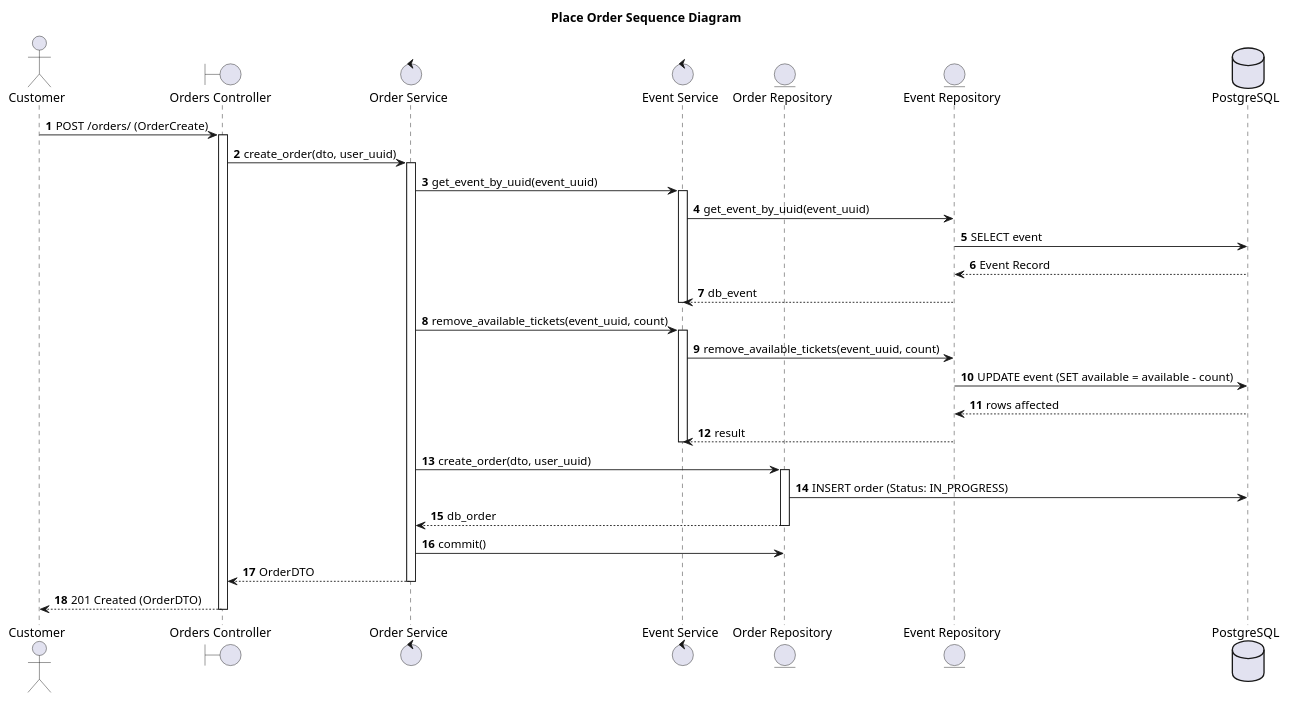
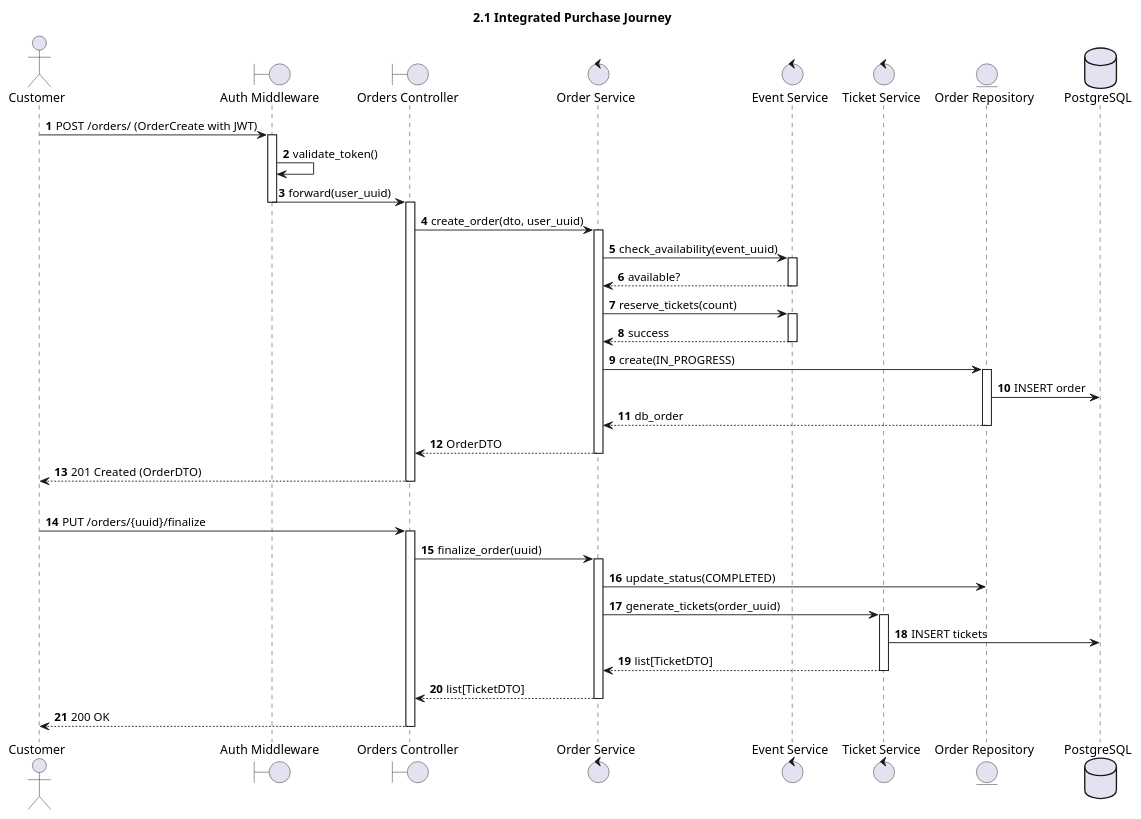
The fourth of 6 diagrams in diagrams/SEQUENCE_DIAGRAMS.md (NikosKoutsoukosPrelorentzos/you-want-ticket), drawn with PlantUML before and after one commit. The commit also changed other lines of this file and 24 other files, not shown here.

First line of the commit message:
Restructure and expand system documentation with versioned diagrams

````diff
--- a/diagrams/SEQUENCE_DIAGRAMS.md
+++ b/diagrams/SEQUENCE_DIAGRAMS.md
@@ -54,49 +126,66 @@
 ```plantuml
 @startuml
-title Place Order Sequence Diagram
+title 2.1 Integrated Purchase Journey
 autonumber
 
 actor Customer
+boundary "Auth Middleware" as AM
 boundary "Orders Controller" as OC
 control "Order Service" as OS
 control "Event Service" as ES
+control "Ticket Service" as TS
 entity "Order Repository" as OR
-entity "Event Repository" as ER
 database "PostgreSQL" as DB
 
-Customer -> OC : POST /orders/ (OrderCreate)
+Customer -> AM : POST /orders/ (OrderCreate with JWT)
+activate AM
+AM -> AM : validate_token()
+AM -> OC : forward(user_uuid)
+deactivate AM
 activate OC
 
 OC -> OS : create_order(dto, user_uuid)
 activate OS
 
-OS -> ES : get_event_by_uuid(event_uuid)
+OS -> ES : check_availability(event_uuid)
 activate ES
-ES -> ER : get_event_by_uuid(event_uuid)
-ER -> DB : SELECT event
-DB --> ER : Event Record
-ER --> ES : db_event
+ES --> OS : available?
 deactivate ES
 
-OS -> ES : remove_available_tickets(event_uuid, count)
+OS -> ES : reserve_tickets(count)
 activate ES
-ES -> ER : remove_available_tickets(event_uuid, count)
-ER -> DB : UPDATE event (SET available = available - count)
-DB --> ER : rows affected
-ER --> ES : result
+ES --> OS : success
 deactivate ES
 
-OS -> OR : create_order(dto, user_uuid)
+OS -> OR : create(IN_PROGRESS)
 activate OR
-OR -> DB : INSERT order (Status: IN_PROGRESS)
+OR -> DB : INSERT order
 OR --> OS : db_order
 deactivate OR
 
-OS -> OR : commit()
 OS --> OC : OrderDTO
 deactivate OS
 
 OC --> Customer : 201 Created (OrderDTO)
 deactivate OC
+
+|||
+
+Customer -> OC : PUT /orders/{uuid}/finalize
+activate OC
+OC -> OS : finalize_order(uuid)
+activate OS
+
+OS -> OR : update_status(COMPLETED)
+OS -> TS : generate_tickets(order_uuid)
+activate TS
+TS -> DB : INSERT tickets
+TS --> OS : list[TicketDTO]
+deactivate TS
+
+OS --> OC : list[TicketDTO]
+deactivate OS
+OC --> Customer : 200 OK
+deactivate OC
 @enduml
 ```
````
